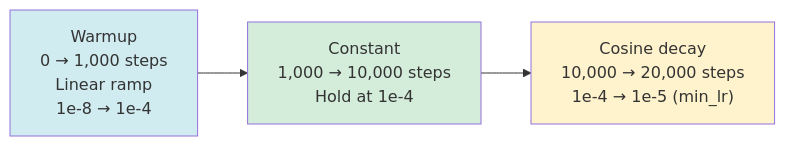
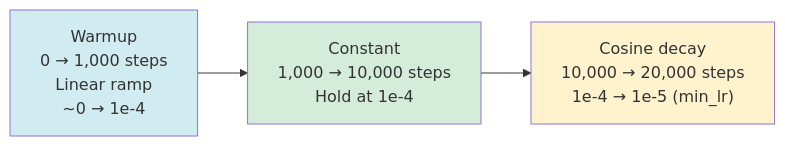
One commit to sombersomni/chess-policy-agent changed the second of 2 diagrams in docs/offline_rl_training_loop.md. Above: the diagram before and after it, drawn with Mermaid. The commit also changed other lines of this file and 12 other files, not shown here.

````diff
--- a/docs/offline_rl_training_loop.md
+++ b/docs/offline_rl_training_loop.md
@@ -449,10 +378,10 @@
 ```mermaid
 flowchart LR
-    W["Warmup\n0 → 1,000 steps\nLinear ramp\n1e-8 → 1e-4"] -->
+    W["Warmup\n0 → 1,000 steps\nLinear ramp\n~0 → 1e-4"] -->
     C["Constant\n1,000 → 10,000 steps\nHold at 1e-4"] -->
     D["Cosine decay\n10,000 → 20,000 steps\n1e-4 → 1e-5 (min_lr)"]
 
     style W fill:#d1ecf1
     style C fill:#d4edda
     style D fill:#fff3cd
 ```
````
